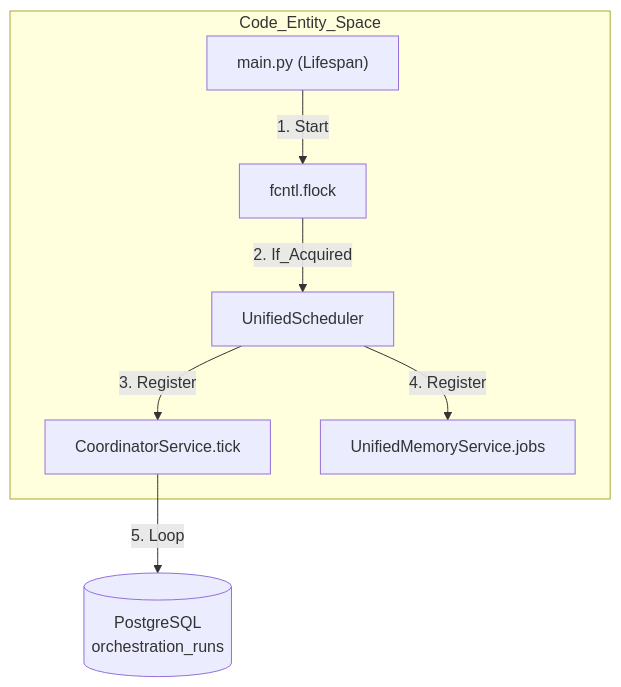
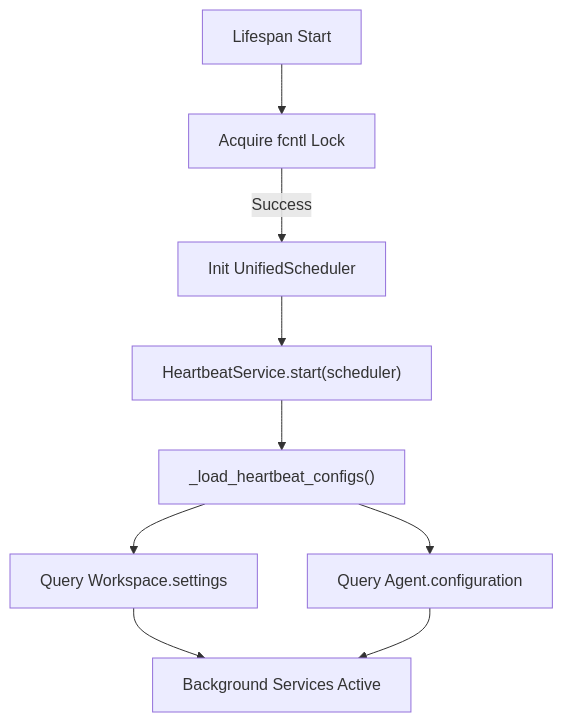
Before and after one commit to AutomatosAI/automatos-ai: the fifth of 5 diagrams in docs/backend-architecture/background-services.md, drawn with Mermaid. The commit also changed other lines of this file and 153 other files, not shown here.

````diff
--- a/docs/backend-architecture/background-services.md
+++ b/docs/backend-architecture/background-services.md
@@ -183,16 +219,11 @@
 ```mermaid
 graph TD
-    subgraph "Code_Entity_Space"
-        Main["main.py (Lifespan)"]
-        Lock["fcntl.flock"]
-        Sched["UnifiedScheduler"]
-        Coord["CoordinatorService.tick"]
-        Mem["UnifiedMemoryService.jobs"]
-    end
-
-    Main -->|"1. Start"| Lock
-    Lock -->|"2. If_Acquired"| Sched
-    Sched -->|"3. Register"| Coord
-    Sched -->|"4. Register"| Mem
-    Coord -->|"5. Loop"| DB[("PostgreSQL<br/>orchestration_runs")]
+    Start["Lifespan Start"] --> Lock["Acquire fcntl Lock"]
+    Lock -->|"Success"| InitSched["Init UnifiedScheduler"]
+    InitSched --> LoadHB["HeartbeatService.start(scheduler)"]
+    LoadHB --> LoadDBHB["_load_heartbeat_configs()"]
+    LoadDBHB --> QueryWS["Query Workspace.settings"]
+    LoadDBHB --> QueryAgent["Query Agent.configuration"]
+    QueryWS --> Ready["Background Services Active"]
+    QueryAgent --> Ready
 ```
````
